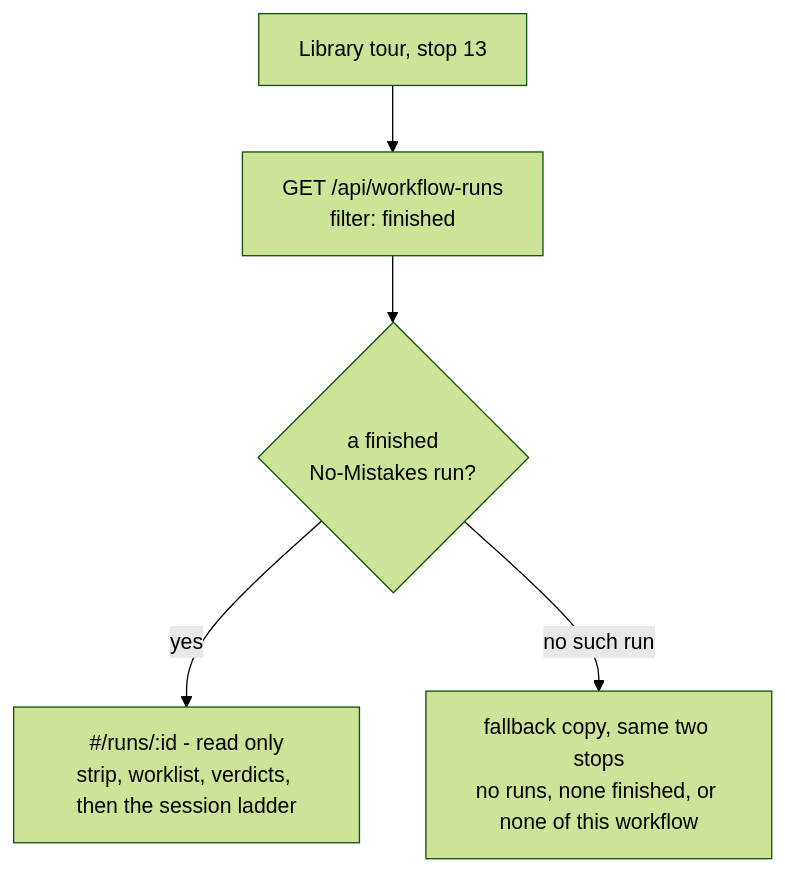
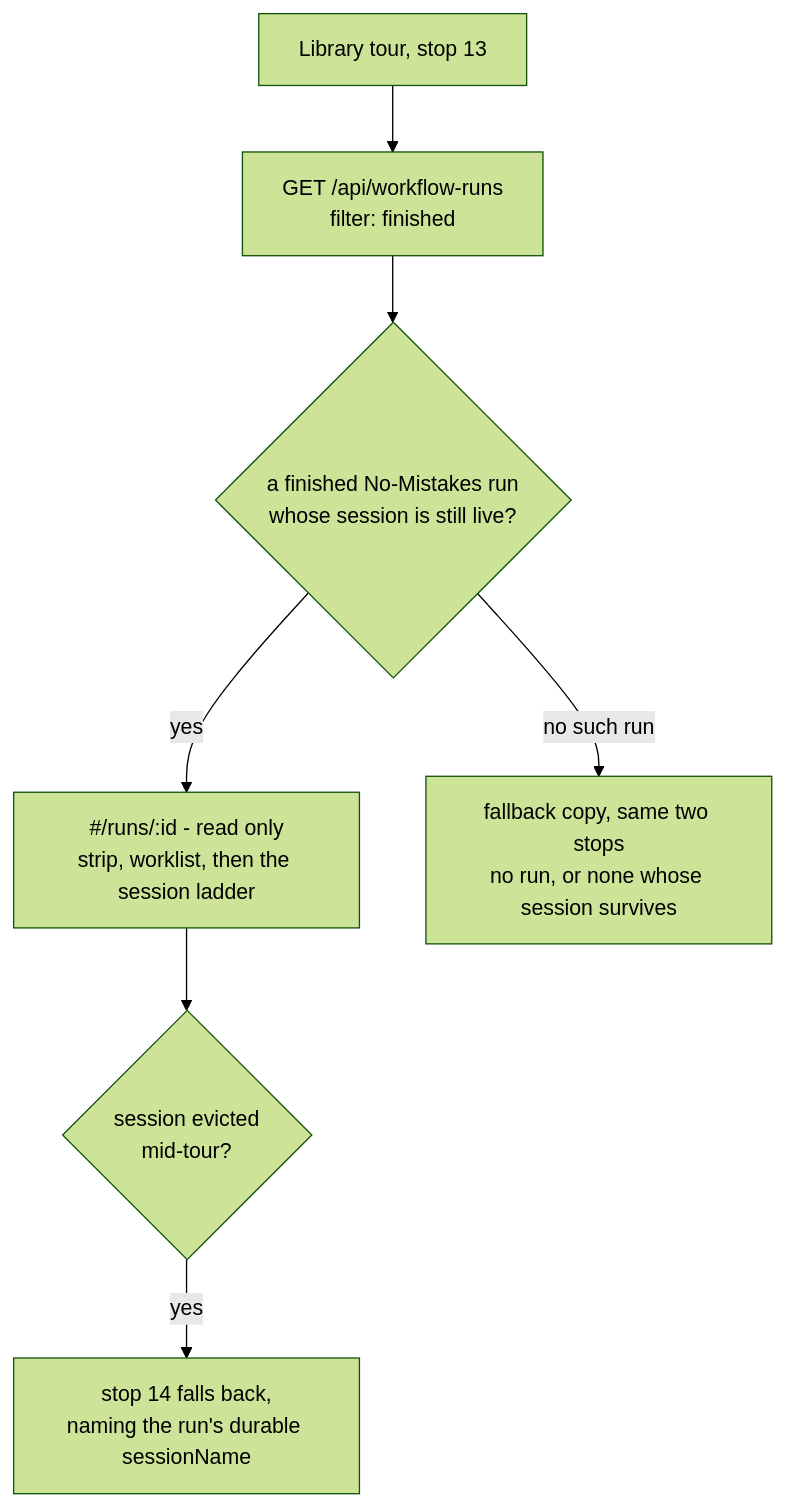
One commit to teamupstart/mission-control changed the second of 2 diagrams in docs/plans/library-tour/plan.md. Above: the diagram before and after it, drawn with Mermaid (forest theme). The commit also changed other lines of this file and 1 other file, not shown here.

First line of the commit message:
docs: keep every workflow beat reachable, and survive an evicted session

````diff
--- a/docs/plans/library-tour/plan.md
+++ b/docs/plans/library-tour/plan.md
@@ -346,7 +376,9 @@
 ```mermaid
 graph TD
   T[Library tour, stop 13] --> Q["GET /api/workflow-runs<br/>filter: finished"]
-  Q --> D{a finished<br/>No-Mistakes run?}
-  D -->|yes| R["#/runs/:id - read only<br/>strip, worklist, verdicts, then the session ladder"]
-  D -->|no such run| F["fallback copy, same two stops<br/>no runs, none finished, or none of this workflow"]
+  Q --> D{a finished No-Mistakes run<br/>whose session is still live?}
+  D -->|yes| R["#/runs/:id - read only<br/>strip, worklist, then the session ladder"]
+  D -->|no such run| F["fallback copy, same two stops<br/>no run, or none whose session survives"]
+  R --> E{session evicted<br/>mid-tour?}
+  E -->|yes| G["stop 14 falls back,<br/>naming the run's durable sessionName"]
 ```
````
